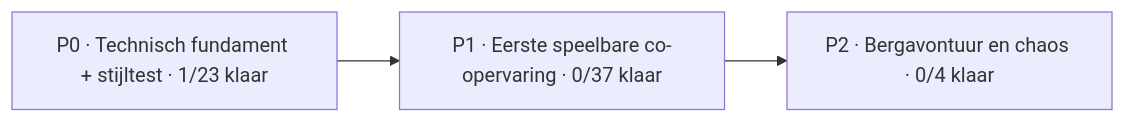
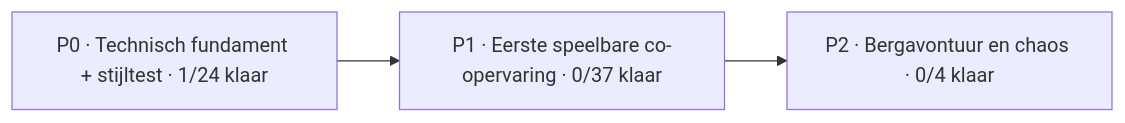
One commit to mlemson/conductor-chaos changed the diagram in Docs/PROJECT_BOARD.md. Above: the diagram before and after it, drawn with Mermaid. The commit also changed other lines of this file, not shown here.

````diff
--- a/Docs/PROJECT_BOARD.md
+++ b/Docs/PROJECT_BOARD.md
@@ -13,7 +13,7 @@
 ```mermaid
 flowchart LR
-    P0["P0 · Technisch fundament + stijltest · 1/23 klaar"]
+    P0["P0 · Technisch fundament + stijltest · 1/24 klaar"]
     P1["P1 · Eerste speelbare co-opervaring · 0/37 klaar"]
     P2["P2 · Bergavontuur en chaos · 0/4 klaar"]
     P0 --> P1 --> P2
 ```
````
